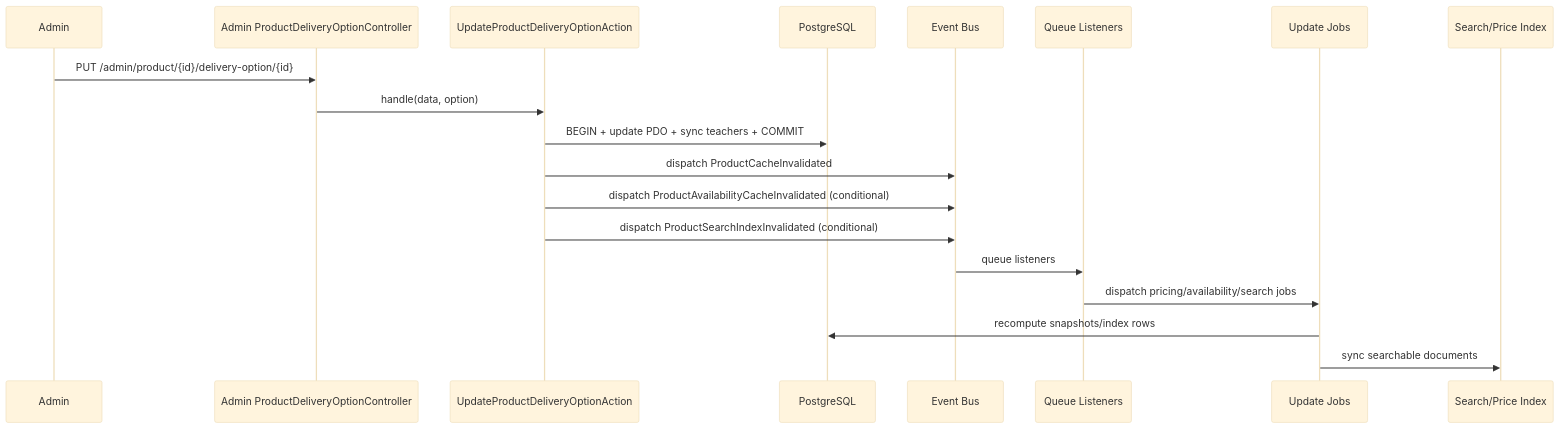
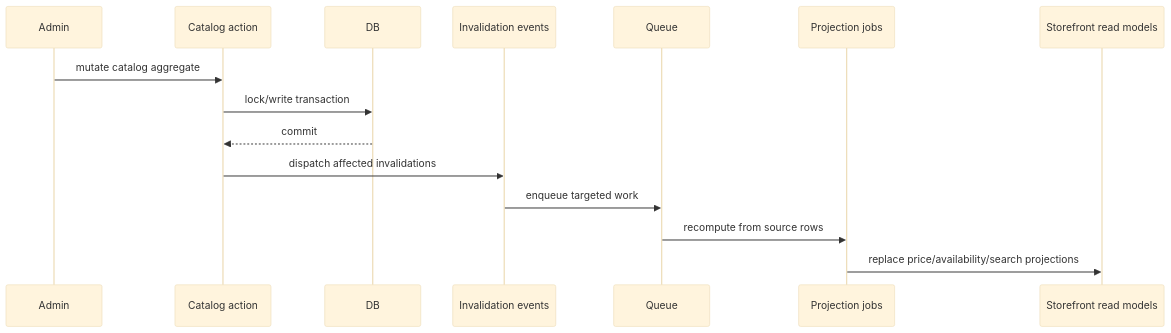
Before and after one commit to SaeidSharafi/JeduApi: the fourth of 4 diagrams in docs/Architecture/Product-Catalog.md, drawn with Mermaid (base theme). The commit also changed other lines of this file and 26 other files, not shown here.

First line of the commit message:
docs: consolidate architecture documentation

````diff
--- a/docs/Architecture/Product-Catalog.md
+++ b/docs/Architecture/Product-Catalog.md
@@ -71,22 +86,18 @@
 ```mermaid
 sequenceDiagram
     participant Admin
-    participant Ctrl as Admin ProductDeliveryOptionController
-    participant Act as UpdateProductDeliveryOptionAction
-    participant DB as PostgreSQL
-    participant Ev as Event Bus
-    participant Lis as Queue Listeners
-    participant Job as Update Jobs
-    participant IDX as Search/Price Index
+    participant Action as Catalog action
+    participant DB
+    participant Events as Invalidation events
+    participant Queue
+    participant Jobs as Projection jobs
+    participant Reads as Storefront read models
 
-    Admin->>Ctrl: PUT /admin/product/{id}/delivery-option/{id}
-    Ctrl->>Act: handle(data, option)
-    Act->>DB: BEGIN + update PDO + sync teachers + COMMIT
-    Act->>Ev: dispatch ProductCacheInvalidated
-    Act->>Ev: dispatch ProductAvailabilityCacheInvalidated (conditional)
-    Act->>Ev: dispatch ProductSearchIndexInvalidated (conditional)
-    Ev->>Lis: queue listeners
-    Lis->>Job: dispatch pricing/availability/search jobs
-    Job->>DB: recompute snapshots/index rows
-    Job->>IDX: sync searchable documents
+    Admin->>Action: mutate catalog aggregate
+    Action->>DB: lock/write transaction
+    DB-->>Action: commit
+    Action->>Events: dispatch affected invalidations
+    Events->>Queue: enqueue targeted work
+    Queue->>Jobs: recompute from source rows
+    Jobs->>Reads: replace price/availability/search projections
 ```
````
